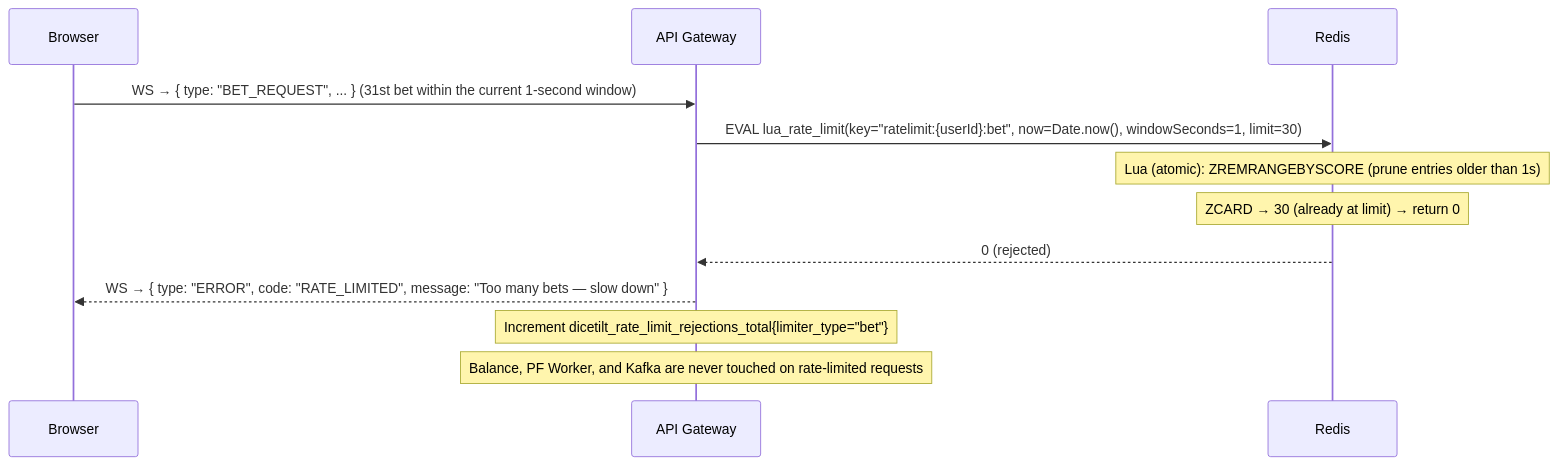
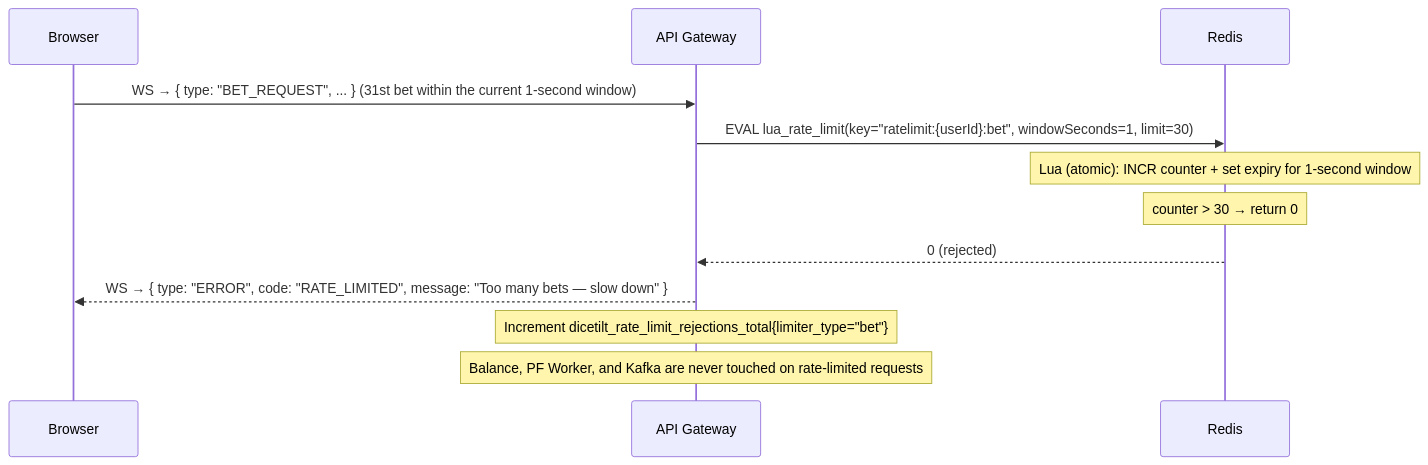
Before and after one commit to Fennzo/DiceTilt: the eighth of 19 diagrams in documentation/sequence-diagrams.md, drawn with Mermaid. The commit also changed other lines of this file and 24 other files, not shown here.

Commit message:
align architecture docs with current runtime implementation

````diff
--- a/documentation/sequence-diagrams.md
+++ b/documentation/sequence-diagrams.md
@@ -328,16 +310,16 @@
 ```mermaid
 sequenceDiagram
     participant B as Browser
     participant API as API Gateway
     participant Redis as Redis
 
     B->>API: WS → { type: "BET_REQUEST", ... } (31st bet within the current 1-second window)
-    API->>Redis: EVAL lua_rate_limit(key="ratelimit:{userId}:bet", now=Date.now(), windowSeconds=1, limit=30)
-    Note over Redis: Lua (atomic): ZREMRANGEBYSCORE (prune entries older than 1s)
-    Note over Redis: ZCARD → 30 (already at limit) → return 0
+    API->>Redis: EVAL lua_rate_limit(key="ratelimit:{userId}:bet", windowSeconds=1, limit=30)
+    Note over Redis: Lua (atomic): INCR counter + set expiry for 1-second window
+    Note over Redis: counter > 30 → return 0
     Redis-->>API: 0 (rejected)
 
     API-->>B: WS → { type: "ERROR", code: "RATE_LIMITED", message: "Too many bets — slow down" }
     Note over API: Increment dicetilt_rate_limit_rejections_total{limiter_type="bet"}
     Note over API: Balance, PF Worker, and Kafka are never touched on rate-limited requests
 ```
````
